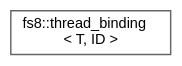
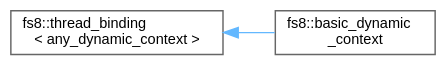
The diagram in api/inherit_graph_129.dot (the-moisrex/foresight), drawn with Graphviz before and after one commit. The commit also changed 152 other files, not shown here.

```diff
--- a/api/inherit_graph_129.dot
+++ b/api/inherit_graph_129.dot
@@ -1,9 +1,11 @@
 digraph "Graphical Class Hierarchy"
 {
  // LATEX_PDF_SIZE
   bgcolor="transparent";
   edge [fontname=Helvetica,fontsize=10,labelfontname=Helvetica,labelfontsize=10];
   node [fontname=Helvetica,fontsize=10,shape=box,height=0.2,width=0.4];
   rankdir="LR";
-  Node0 [id="Node000000",label="fs8::thread_binding\l\< T, ID \>",height=0.2,width=0.4,color="grey40", fillcolor="white", style="filled",URL="$structfs8_1_1thread__binding.html",tooltip=" "];
+  Node0 [id="Node000000",label="fs8::thread_binding\l\< any_dynamic_context \>",height=0.2,width=0.4,color="grey40", fillcolor="white", style="filled",URL="$structfs8_1_1thread__binding.html",tooltip=" "];
+  Node0 -> Node1 [id="edge149_Node000000_Node000001",dir="back",color="steelblue1",style="solid",tooltip=" "];
+  Node1 [id="Node000001",label="fs8::basic_dynamic\l_context",height=0.2,width=0.4,color="grey40", fillcolor="white", style="filled",URL="$structfs8_1_1basic__dynamic__context.html",tooltip=" "];
 }
```
